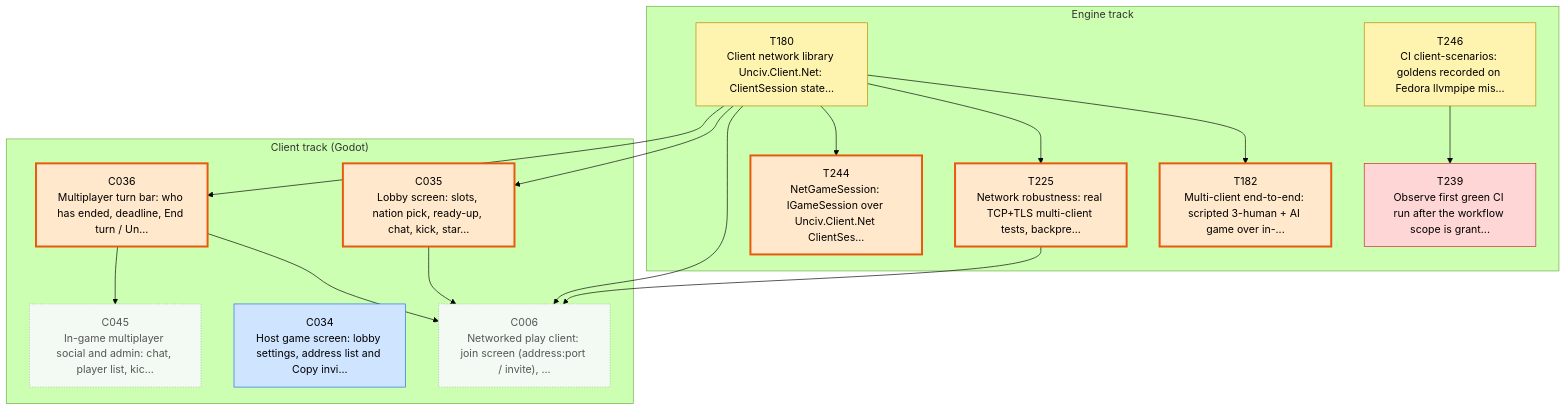
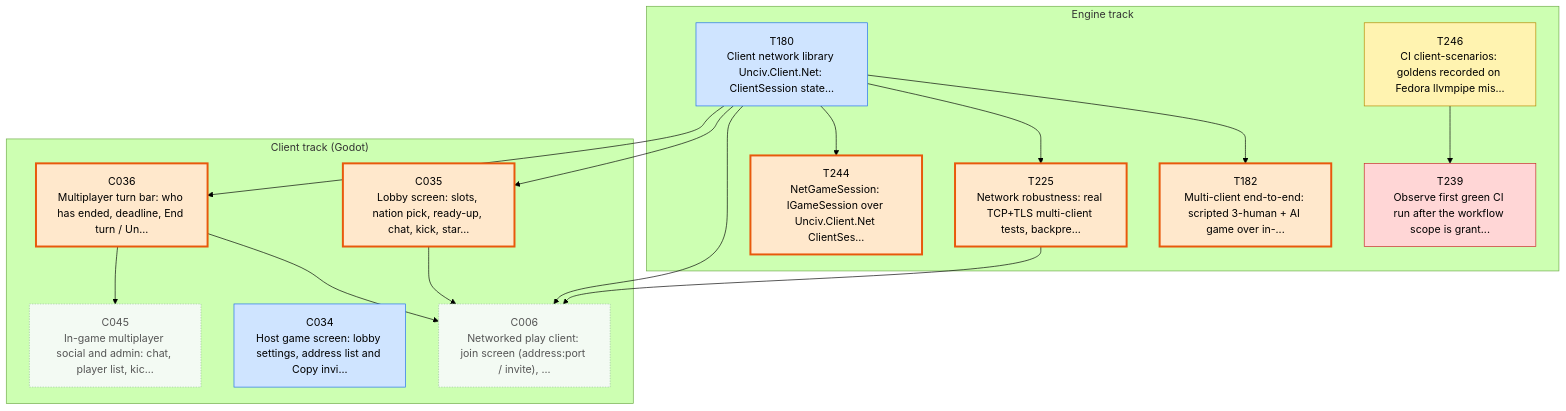
Before and after one commit to Kenmura/Unciv: the first of 3 diagrams in csharp/migration/DEPENDENCY_MAP.md, drawn with Mermaid (forest theme). The commit also changed other lines of this file and 1 other file, not shown here.

Commit message:
migration: implement T180 hardening [Claude]

````diff
--- a/csharp/migration/DEPENDENCY_MAP.md
+++ b/csharp/migration/DEPENDENCY_MAP.md
@@ -24,47 +24,47 @@
 ```mermaid
 flowchart TD
   subgraph TTRACK["Engine track"]
     T180["T180<br/>Client network library Unciv.Client.Net: ClientSession state..."]
     T182["T182<br/>Multi-client end-to-end: scripted 3-human + AI game over in-..."]
     T225["T225<br/>Network robustness: real TCP+TLS multi-client tests, backpre..."]
     T239["T239<br/>Observe first green CI run after the workflow scope is grant..."]
     T244["T244<br/>NetGameSession: IGameSession over Unciv.Client.Net ClientSes..."]
     T246["T246<br/>CI client-scenarios: goldens recorded on Fedora llvmpipe mis..."]
   end
   subgraph CTRACK["Client track (Godot)"]
     C006["C006<br/>Networked play client: join screen (address:port / invite), ..."]
     C034["C034<br/>Host game screen: lobby settings, address list and Copy invi..."]
     C035["C035<br/>Lobby screen: slots, nation pick, ready-up, chat, kick, star..."]
     C036["C036<br/>Multiplayer turn bar: who has ended, deadline, End turn / Un..."]
     C045["C045<br/>In-game multiplayer social and admin: chat, player list, kic..."]
   end
   T180 --> T182
   T180 --> T225
   T246 --> T239
   T180 --> T244
   T180 --> C006
   C035 --> C006
   C036 --> C006
   T225 --> C006
   T180 --> C035
   T180 --> C036
   C036 --> C045
   classDef waiting fill:#f3faf3,stroke:#9bc49b,color:#555,stroke-dasharray:2 2
   classDef ondeck fill:#ffe8cc,stroke:#e8590c,stroke-width:3px,color:#000
   classDef ready fill:#7ee787,stroke:#1a7f37,stroke-width:3px,color:#000
   classDef prog fill:#fff3b0,stroke:#b58900,color:#000
   classDef review fill:#cfe4ff,stroke:#1f6feb,color:#000
   classDef blocked fill:#ffd6d6,stroke:#c62828,color:#000
   classDef done fill:#eeeeee,stroke:#999999,color:#666,stroke-dasharray:4 3
   class C006 waiting
   class C034 review
   class C035 ondeck
   class C036 ondeck
   class C045 waiting
-  class T180 prog
+  class T180 review
   class T182 ondeck
   class T225 ondeck
   class T239 blocked
   class T244 ondeck
   class T246 prog
 ```
````
